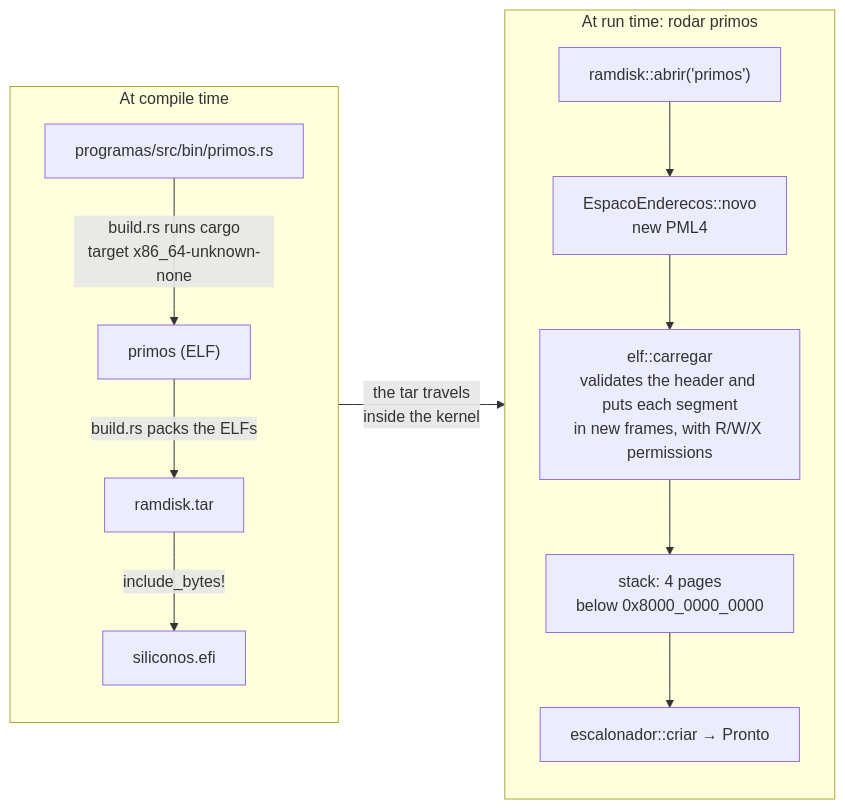
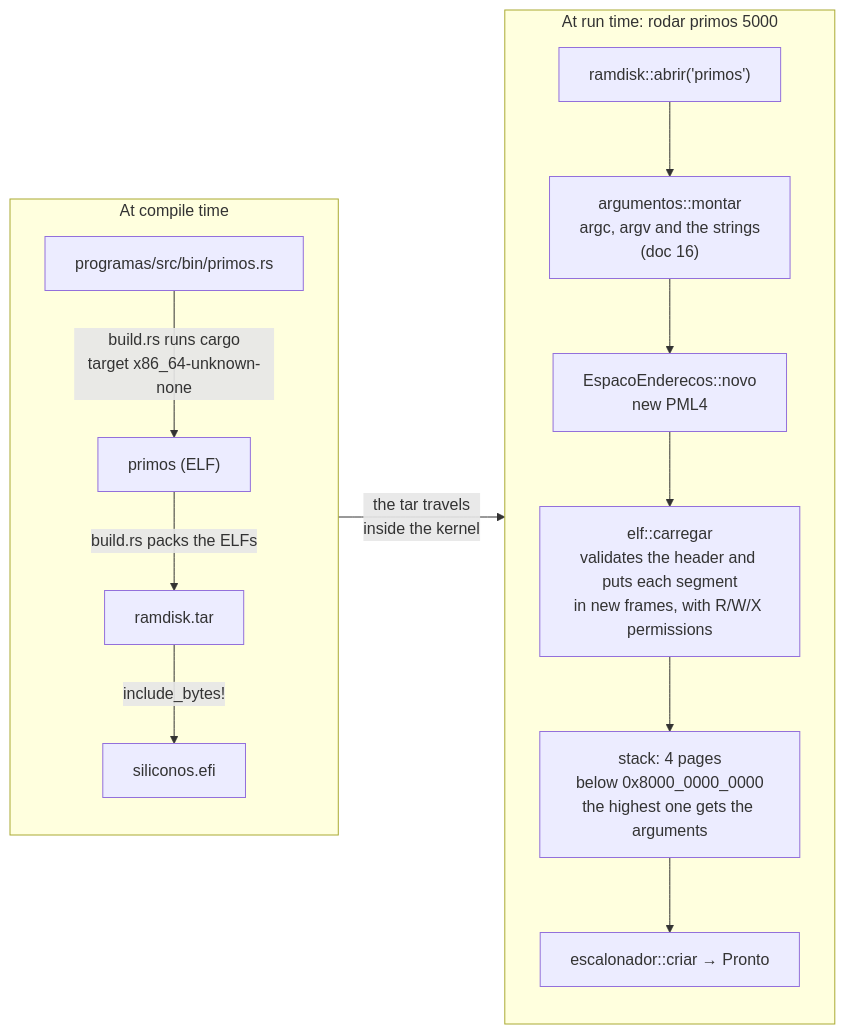
One commit to moises-dev-git/siliconOS changed the eighth of 8 diagrams in docs-en/mapa.md. Above: the diagram before and after it, drawn with Mermaid. The commit also changed other lines of this file and 27 other files, not shown here.

First line of the commit message:
Argumentos (argv) para os programas, no formato System V (doc 16)

````diff
--- a/docs-en/mapa.md
+++ b/docs-en/mapa.md
@@ -348,17 +349,20 @@
 ```mermaid
 flowchart LR
     subgraph COMP["At compile time"]
         direction TB
         S["programas/src/bin/primos.rs"] -->|"build.rs runs cargo<br/>target x86_64-unknown-none"| ELF["primos (ELF)"]
         ELF -->|"build.rs packs the ELFs"| TAR["ramdisk.tar"]
         TAR -->|"include_bytes!"| KER["siliconos.efi"]
     end
-    subgraph EXEC["At run time: rodar primos"]
+    subgraph EXEC["At run time: rodar primos 5000"]
         direction TB
-        RD["ramdisk::abrir('primos')"] --> NE["EspacoEnderecos::novo<br/>new PML4"]
+        RD["ramdisk::abrir('primos')"]
+        NE["EspacoEnderecos::novo<br/>new PML4"]
+        RD --> ARG["argumentos::montar<br/>argc, argv and the strings<br/>(doc 16)"]
+        ARG --> NE
         NE --> CAR["elf::carregar<br/>validates the header and puts each segment<br/>in new frames, with R/W/X permissions"]
-        CAR --> PIL["stack: 4 pages<br/>below 0x8000_0000_0000"]
+        CAR --> PIL["stack: 4 pages<br/>below 0x8000_0000_0000<br/>the highest one gets the arguments"]
         PIL --> CR["escalonador::criar → Pronto"]
     end
     COMP -- "the tar travels<br/>inside the kernel" --> EXEC
 ```
````
